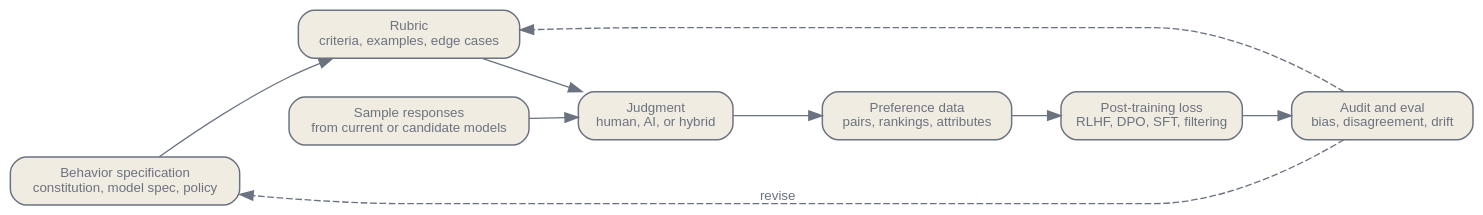
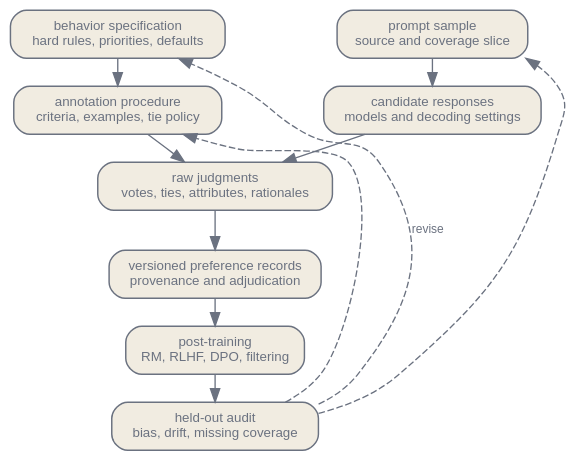
The diagram in en/adaptation/02-behavior-specs-preference-data.qmd (latere-ai/ai-as-an-infrastructure), drawn with Graphviz before and after one commit. The commit also changed other lines of this file and 2 other files, not shown here.

Commit message:
Rewrite behavior specifications and preference data chapter

````diff
--- a/en/adaptation/02-behavior-specs-preference-data.qmd
+++ b/en/adaptation/02-behavior-specs-preference-data.qmd
@@ -54,28 +115,30 @@
 ```{dot}
 //| label: fig-behavior-specs-supply-chain
-//| fig-cap: "Preference data is a supply chain. A behavior specification becomes a rubric, the rubric guides judgments over sampled responses, and the resulting labels feed post-training. The optimizer never sees the policy directly; it sees the labels produced by this chain."
+//| fig-cap: "A preference record has a lineage. The specification becomes an annotation procedure; prompts and candidate sampling determine what the judge sees; raw judgments are preserved before adjudication; audits feed corrections back into the policy, rubric, and sampling plan."
 digraph {
   bgcolor="transparent";
-  rankdir=LR;
-  nodesep=0.4; ranksep=0.5;
+  rankdir=TB;
+  nodesep=0.35; ranksep=0.28;
   node [shape=box, style="rounded,filled", fontname="Helvetica", fontsize=10, color="#6b7280", fontcolor="#6b7280", fillcolor="#f1ece1", penwidth=1.1];
-  edge [fontsize=10, fontname="Helvetica", color="#6b7280", fontcolor="#6b7280"];
+  edge [fontsize=9, fontname="Helvetica", color="#6b7280", fontcolor="#6b7280"];
 
-  spec [label="Behavior specification\nconstitution, model spec, policy"];
-  rubric [label="Rubric\ncriteria, examples, edge cases"];
-  sample [label="Sample responses\nfrom current or candidate models"];
-  judge [label="Judgment\nhuman, AI, or hybrid"];
-  data [label="Preference data\npairs, rankings, attributes"];
-  train [label="Post-training loss\nRLHF, DPO, SFT, filtering"];
-  eval [label="Audit and eval\nbias, disagreement, drift"];
+  spec [label="behavior specification\nhard rules, priorities, defaults"];
+  rubric [label="annotation procedure\ncriteria, examples, tie policy"];
+  prompts [label="prompt sample\nsource and coverage slice"];
+  candidates [label="candidate responses\nmodels and decoding settings"];
+  judgments [label="raw judgments\nvotes, ties, attributes, rationales"];
+  dataset [label="versioned preference records\nprovenance and adjudication"];
+  train [label="post-training\nRM, RLHF, DPO, filtering"];
+  audit [label="held-out audit\nbias, drift, missing coverage"];
 
+  { rank=same; spec; prompts; }
+  { rank=same; rubric; candidates; }
   spec -> rubric;
-  rubric -> judge;
-  sample -> judge;
-  judge -> data;
-  data -> train;
-  train -> eval;
-  eval -> spec [style=dashed, label="revise"];
-  eval -> rubric [style=dashed];
+  rubric -> judgments;
+  prompts -> candidates -> judgments;
+  judgments -> dataset -> train -> audit;
+  audit -> spec [style=dashed, label="revise", constraint=false];
+  audit -> rubric [style=dashed, constraint=false];
+  audit -> prompts [style=dashed, constraint=false];
 }
 ```
````
